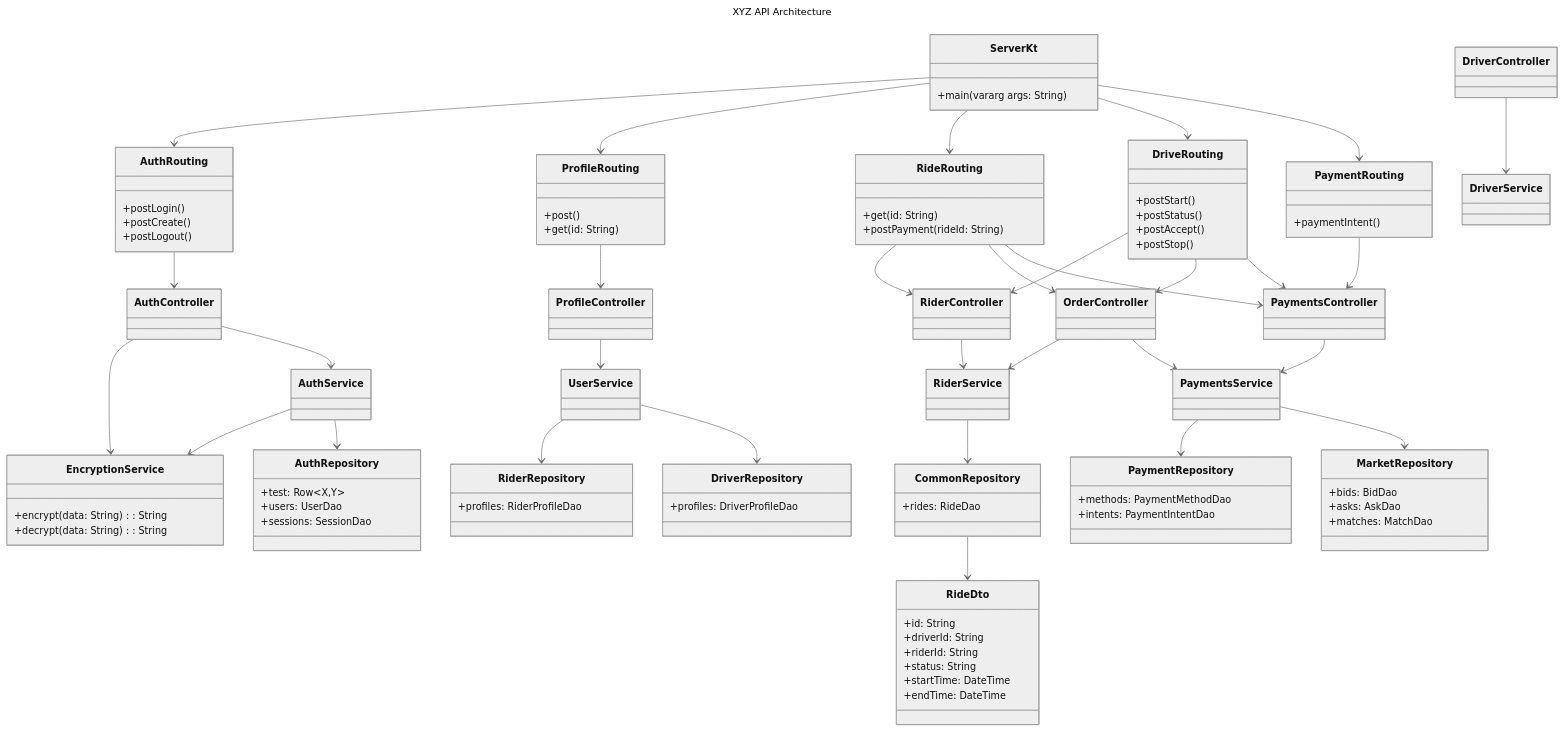
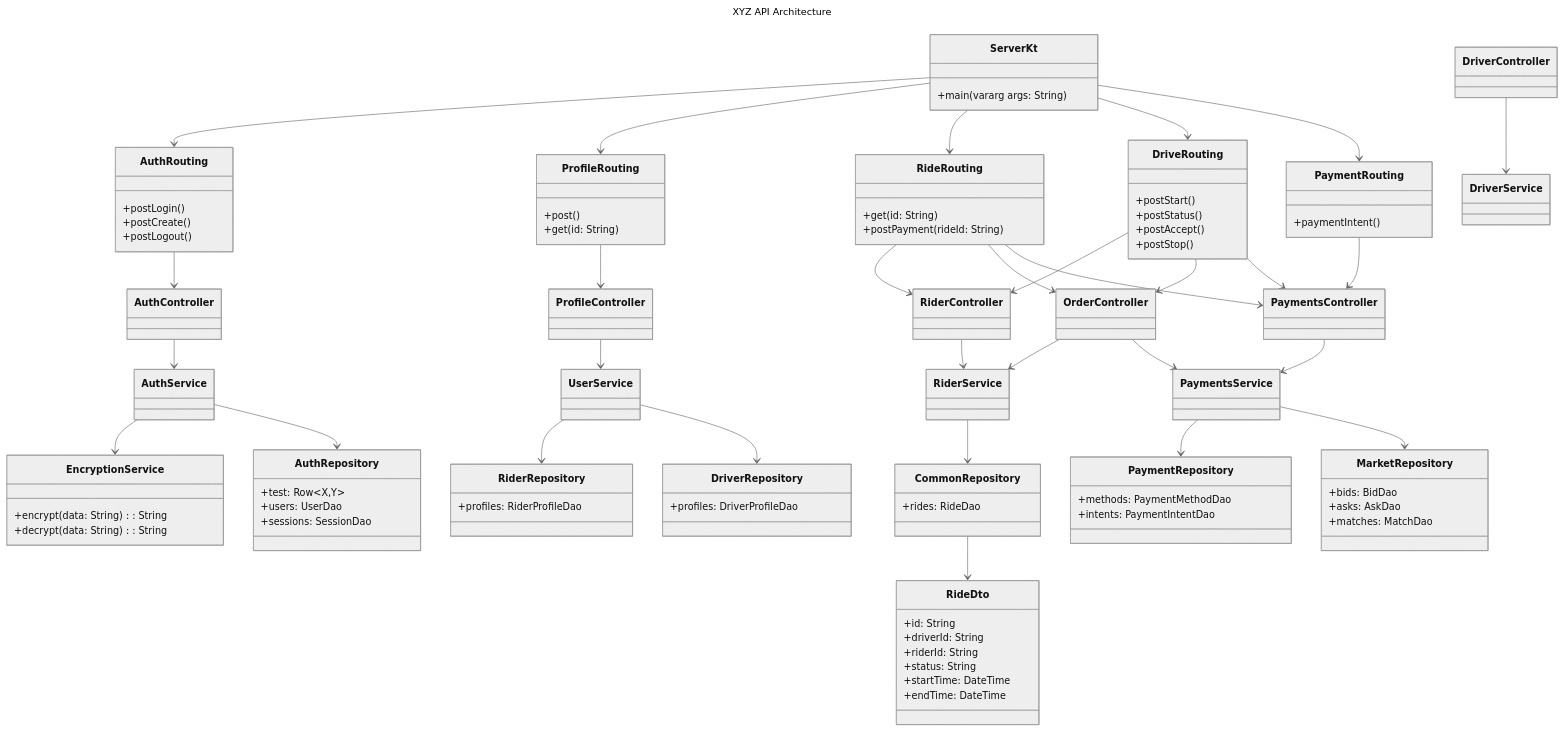
One commit to Pointyware/XYZ changed the diagram in api/README.md. Above: the diagram before and after it, drawn with Mermaid (neutral theme).

Commit message:
Remove encryption service dependency in auth controller

```diff
--- a/api/README.md
+++ b/api/README.md
@@ -63,7 +63,6 @@
   class AuthController {
       
   }
-  AuthController --> EncryptionService
   AuthController --> AuthService
   class OrderController {
       
```
